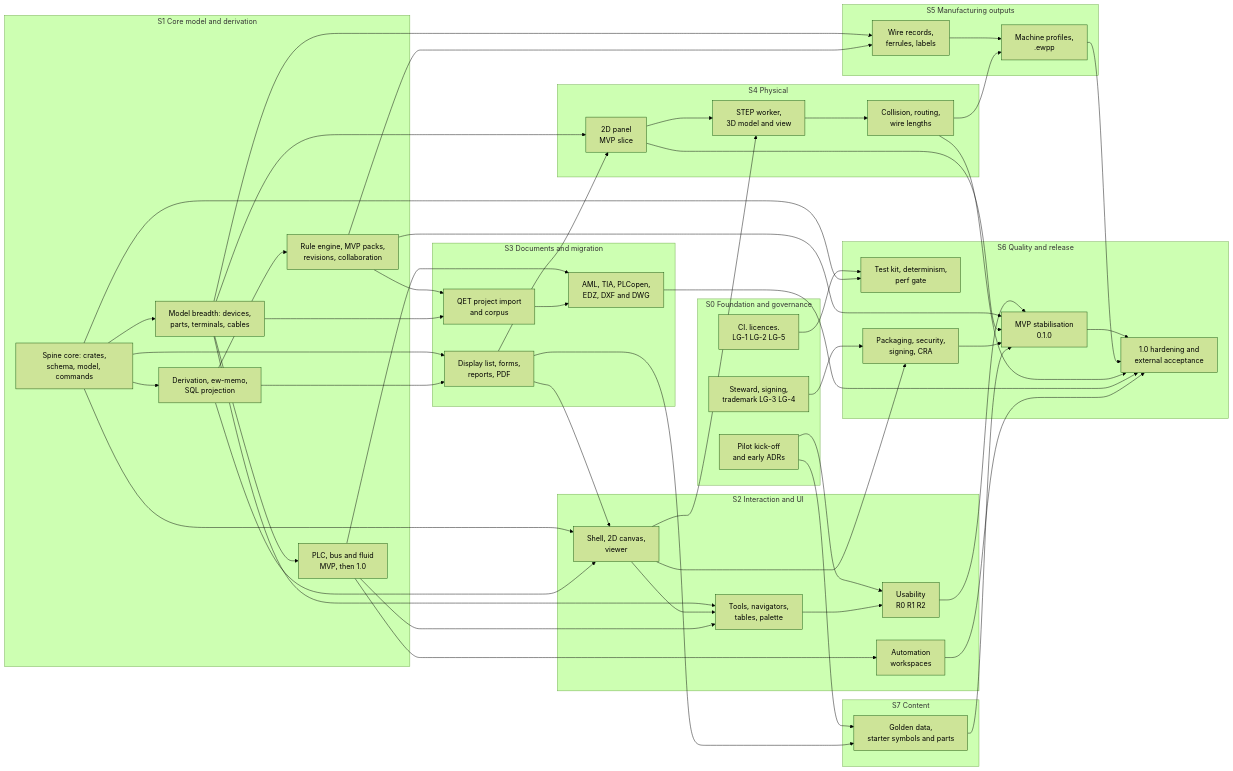
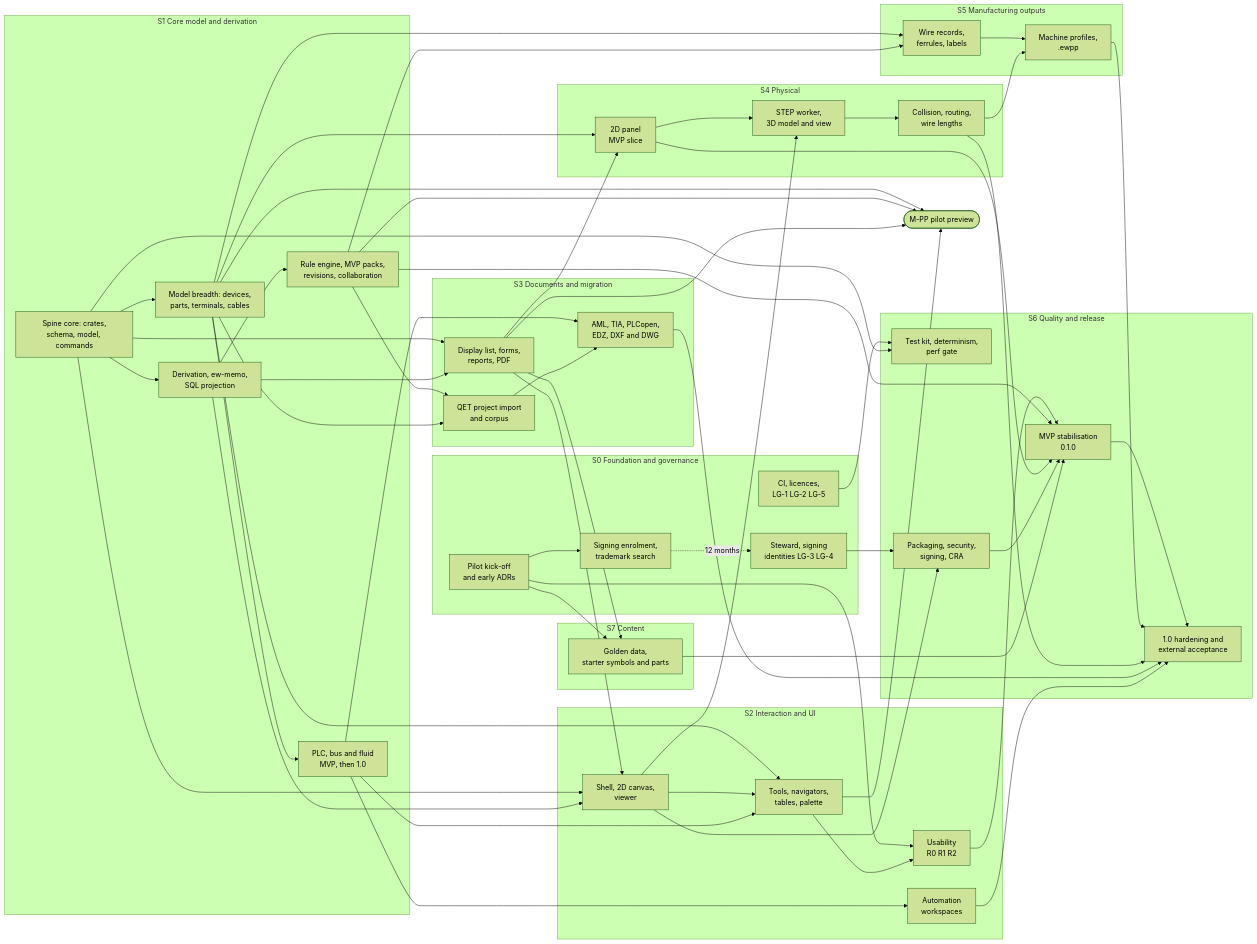
One commit to Ironkode787/ElektraWatt changed the third of 3 diagrams in docs/plan/01-global-plan.md. Above: the diagram before and after it, drawn with Mermaid (forest theme). The commit also changed other lines of this file and 44 other files, not shown here.

```diff
--- a/docs/plan/01-global-plan.md
+++ b/docs/plan/01-global-plan.md
@@ -510,7 +730,8 @@
   subgraph S0["S0 Foundation and governance"]
     s0a["CI, licences,<br/>LG-1 LG-2 LG-5"]
     s0b["Pilot kick-off<br/>and early ADRs"]
-    s0c["Steward, signing,<br/>trademark LG-3 LG-4"]
+    s0e["Signing enrolment,<br/>trademark search"]
+    s0c["Steward, signing<br/>identities LG-3 LG-4"]
   end
   subgraph S1["S1 Core model and derivation"]
     s1a["Spine core: crates,<br/>schema, model, commands"]
@@ -548,6 +769,7 @@
   subgraph S7["S7 Content"]
     s7a["Golden data,<br/>starter symbols and parts"]
   end
+  pp(["M-PP pilot preview"])
   s1a --> s1b
   s1a --> s3a
   s1b --> s3a
@@ -557,6 +779,10 @@
   s1a --> s1c
   s1c --> s2b
   s2a --> s2b
+  s2b --> pp
+  s1c --> pp
+  s1d --> pp
+  s3a --> pp
   s1c --> s1e
   s1e --> s2b
   s1c --> s4a
@@ -576,6 +802,8 @@
   s4c --> s5b
   s0a --> s6a
   s1a --> s6a
+  s0b --> s0e
+  s0e -.->|12 months| s0c
   s0c --> s6b
   s2a --> s6b
   s0b --> s7a
```
